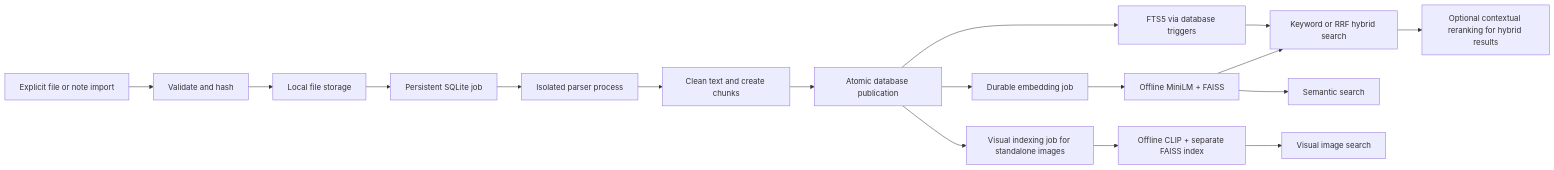
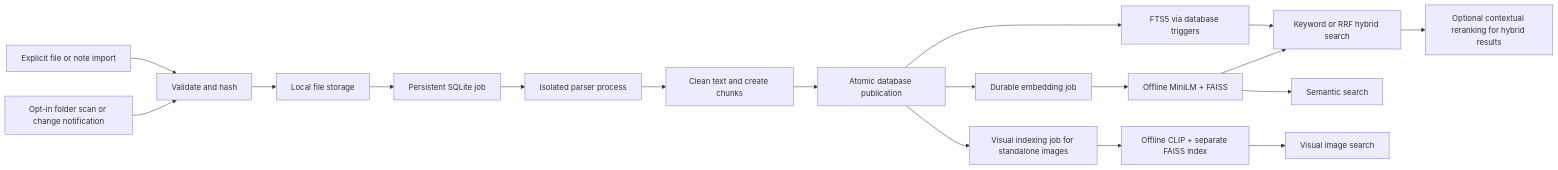
The diagram in README.md (Sachin844123/Echo), drawn with Mermaid before and after one commit. The commit also changed other lines of this file, not shown here.

````diff
--- a/README.md
+++ b/README.md
@@ -112,19 +115,20 @@
 ```mermaid
 flowchart LR
     A[Explicit file or note import] --> B[Validate and hash]
+    Q[Opt-in folder scan or change notification] --> B
     B --> C[Local file storage]
     C --> D[Persistent SQLite job]
     D --> E[Isolated parser process]
     E --> F[Clean text and create chunks]
     F --> G[Atomic database publication]
     G --> H[FTS5 via database triggers]
     G --> I[Durable embedding job]
     I --> J[Offline MiniLM + FAISS]
     H --> K[Keyword or RRF hybrid search]
     J --> K
     J --> L[Semantic search]
     K --> M[Optional contextual reranking for hybrid results]
     G --> N[Visual indexing job for standalone images]
     N --> O[Offline CLIP + separate FAISS index]
     O --> P[Visual image search]
 ```
````
